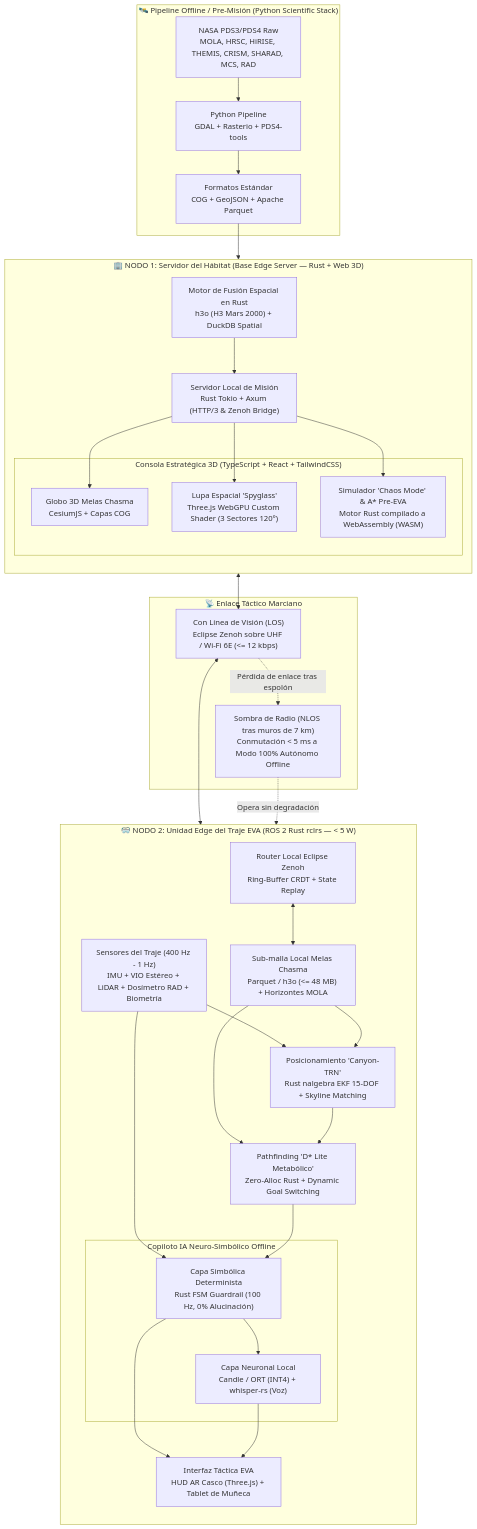
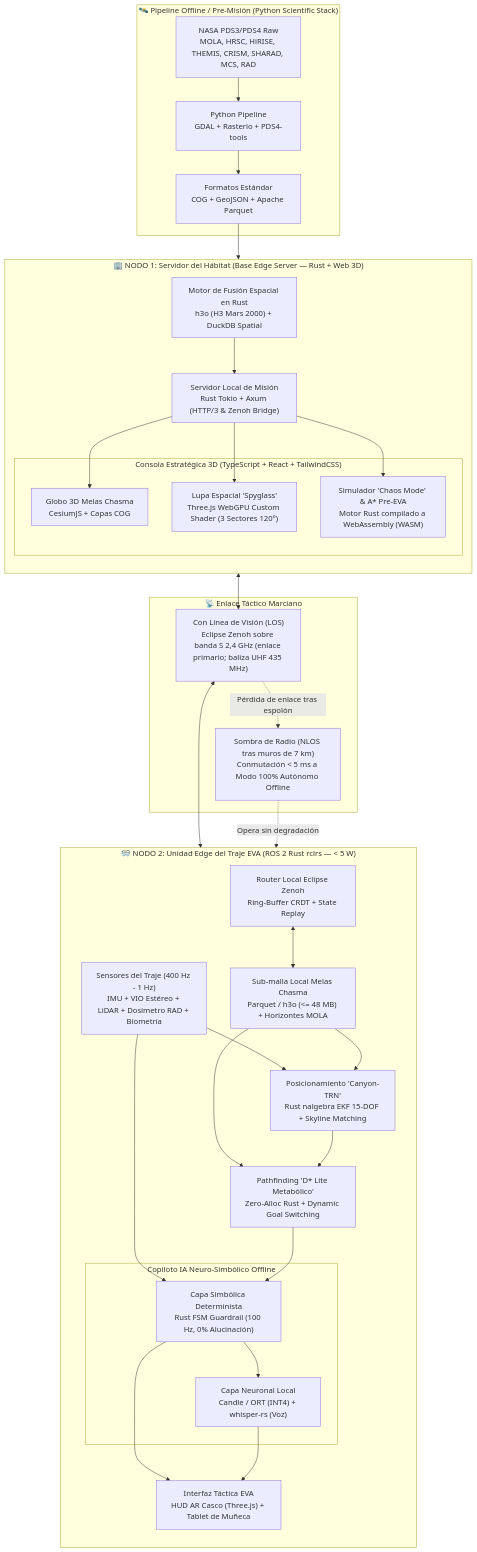
The first of 5 diagrams in docs/03-system-architecture-ai/ENTREGABLE_3_ARQUITECTURA_E_IA.md (guillemo12/nasa-hackathon-red-project), drawn with Mermaid before and after one commit. The commit also changed other lines of this file and 81 other files, not shown here.

````diff
--- a/docs/03-system-architecture-ai/ENTREGABLE_3_ARQUITECTURA_E_IA.md
+++ b/docs/03-system-architecture-ai/ENTREGABLE_3_ARQUITECTURA_E_IA.md
@@ -30,54 +30,54 @@
 ```mermaid
 flowchart TB
     subgraph EARTH_ORBIT["🛰️ Pipeline Offline / Pre-Misión (Python Scientific Stack)"]
         PDS["NASA PDS3/PDS4 Raw\nMOLA, HRSC, HiRISE, THEMIS, CRISM, SHARAD, MCS, RAD"]
         PY["Python Pipeline\nGDAL + Rasterio + PDS4-tools"]
         FORMATS["Formatos Estándar\nCOG + GeoJSON + Apache Parquet"]
         PDS --> PY --> FORMATS
     end
 
     subgraph NODE1["🏢 NODO 1: Servidor del Hábitat (Base Edge Server — Rust + Web 3D)"]
         direction TB
         INGEST["Motor de Fusión Espacial en Rust\nh3o (H3 Mars 2000) + DuckDB Spatial"]
         API["Servidor Local de Misión\nRust Tokio + Axum (HTTP/3 & Zenoh Bridge)"]
         subgraph WEB["Consola Estratégica 3D (TypeScript + React + TailwindCSS)"]
             CESIUM["Globo 3D Melas Chasma\nCesiumJS + Capas COG"]
             SPY["Lupa Espacial 'Spyglass'\nThree.js WebGPU Custom Shader (3 Sectores 120°)"]
             WASM["Simulador 'Chaos Mode' & A* Pre-EVA\nMotor Rust compilado a WebAssembly (WASM)"]
         end
         INGEST --> API --> CESIUM & SPY & WASM
     end
 
     subgraph LINK["📡 Enlace Táctico Marciano"]
-        ZENOH_LOS["Con Línea de Visión (LOS)\nEclipse Zenoh sobre UHF / Wi-Fi 6E (<= 12 kbps)"]
+        ZENOH_LOS["Con Línea de Visión (LOS)\nEclipse Zenoh sobre banda S 2,4 GHz (enlace primario; baliza UHF 435 MHz)"]
         NLOS["Sombra de Radio (NLOS tras muros de 7 km)\nConmutación < 5 ms a Modo 100% Autónomo Offline"]
     end
 
     subgraph NODE2["🥽 NODO 2: Unidad Edge del Traje EVA (ROS 2 Rust rclrs — < 5 W)"]
         direction TB
         ROUTER["Router Local Eclipse Zenoh\nRing-Buffer CRDT + State Replay"]
         CACHE["Sub-malla Local Melas Chasma\nParquet / h3o (<= 48 MB) + Horizontes MOLA"]
         SENSORS["Sensores del Traje (400 Hz - 1 Hz)\nIMU + VIO Estéreo + LiDAR + Dosímetro RAD + Biometría"]
         TRN["Posicionamiento 'Canyon-TRN'\nRust nalgebra EKF 15-DOF + Skyline Matching"]
         DSTAR["Pathfinding 'D* Lite Metabólico'\nZero-Alloc Rust + Dynamic Goal Switching"]
         subgraph AI["Copiloto IA Neuro-Simbólico Offline"]
             GUARD["Capa Simbólica Determinista\nRust FSM Guardrail (100 Hz, 0% Alucinación)"]
             SLM["Capa Neuronal Local\nCandle / ORT (INT4) + whisper-rs (Voz)"]
         end
         HUD["Interfaz Táctica EVA\nHUD AR Casco (Three.js) + Tablet de Muñeca"]
 
         SENSORS --> TRN
         CACHE --> TRN & DSTAR
         TRN --> DSTAR
         SENSORS & DSTAR --> GUARD
         GUARD --> SLM & HUD
         SLM --> HUD
     end
 
     FORMATS --> INGEST
     API <--> ZENOH_LOS
     ZENOH_LOS <--> ROUTER
     ZENOH_LOS -.->|"Pérdida de enlace tras espolón"| NLOS
     NLOS -.->|"Opera sin degradación"| ROUTER
     ROUTER <--> CACHE
 ```
````
